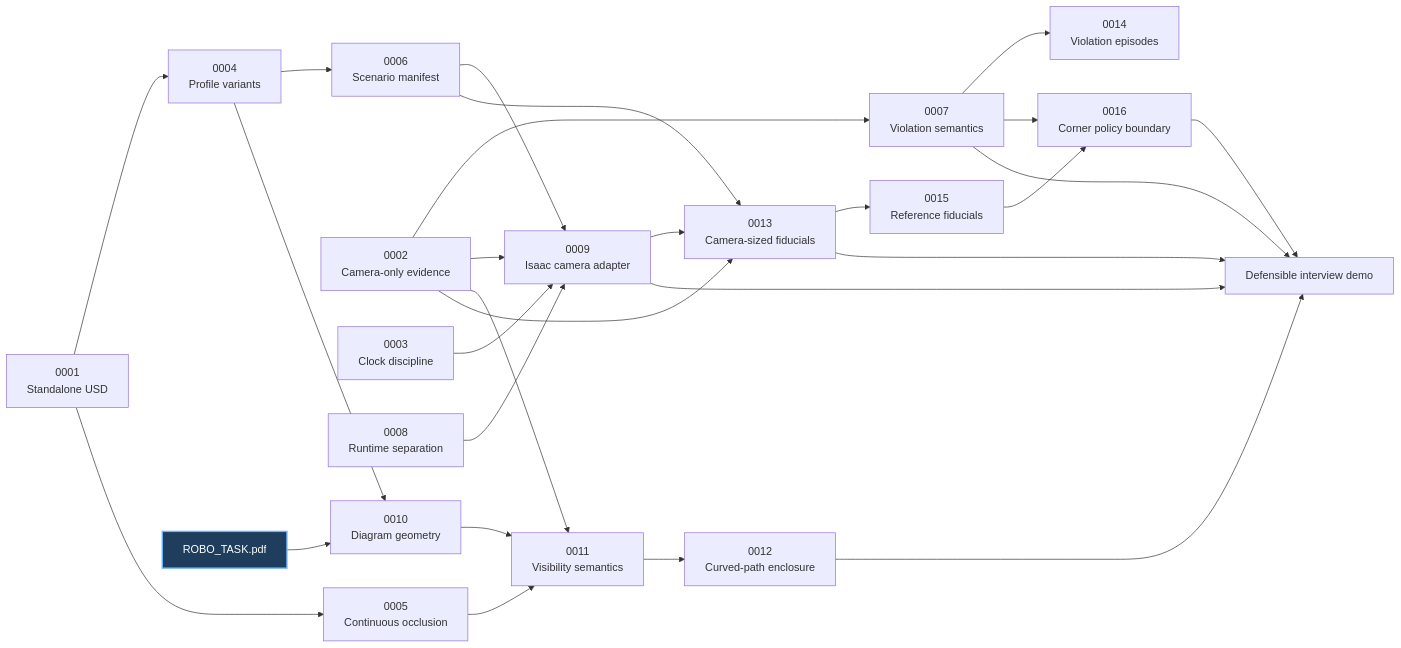
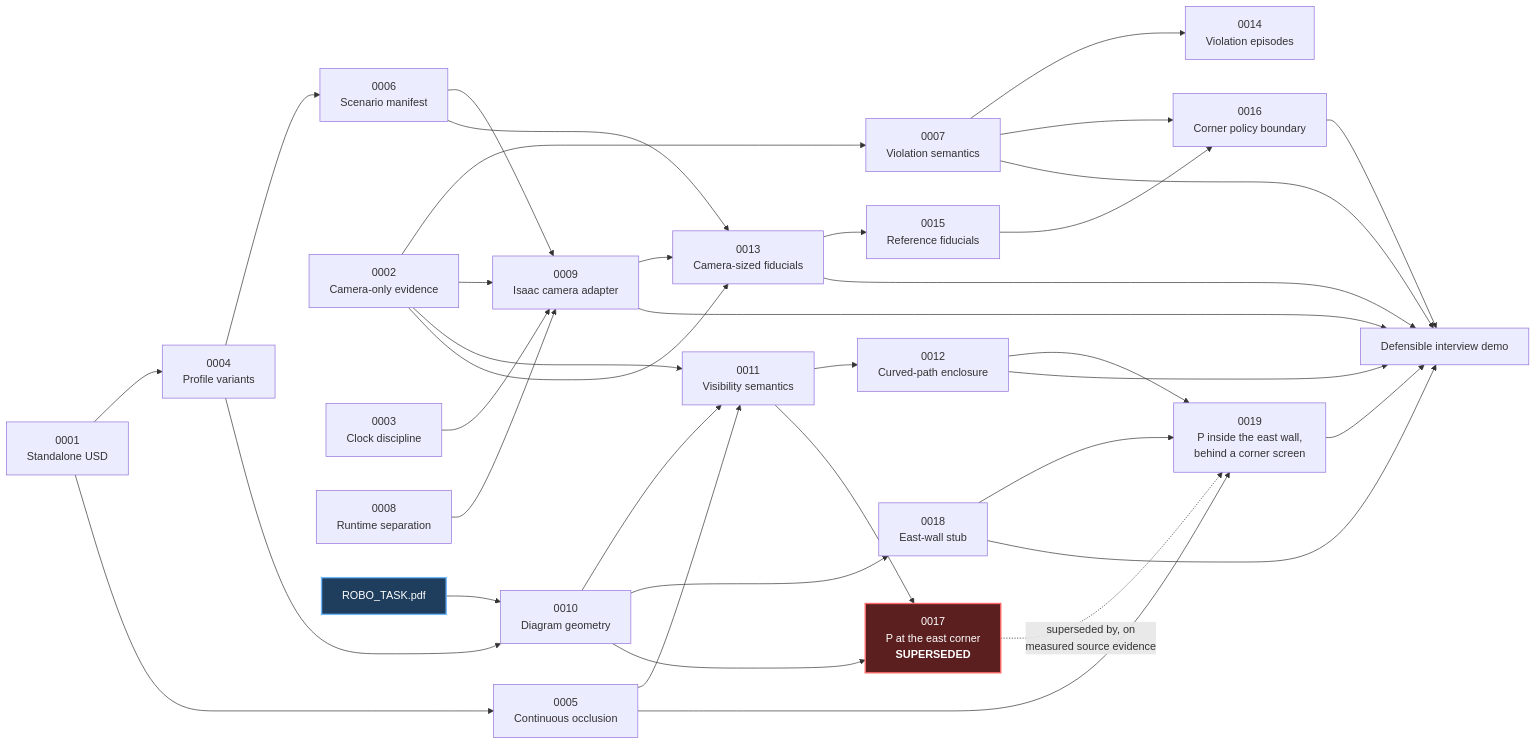
Before and after one commit to alexandergmzx/corridor-twin: the diagram in docs/adr/README.md, drawn with Mermaid. The commit also changed other lines of this file and 3 other files, not shown here.

````diff
--- a/docs/adr/README.md
+++ b/docs/adr/README.md
@@ -30,36 +42,48 @@
 ```mermaid
 flowchart LR
     A1["0001<br/>Standalone USD"] --> A4["0004<br/>Profile variants"]
     A4 --> A6["0006<br/>Scenario manifest"]
 
     A2["0002<br/>Camera-only evidence"] --> A7["0007<br/>Violation semantics"]
     A7 --> A14["0014<br/>Violation episodes"]
     A3["0003<br/>Clock discipline"] --> A9["0009<br/>Isaac camera adapter"]
     A8["0008<br/>Runtime separation"] --> A9
     A2 --> A9
     A6 --> A9
 
     A1 --> A5["0005<br/>Continuous occlusion"]
 
     Task["ROBO_TASK.pdf"] --> A10["0010<br/>Diagram geometry"]
     A4 --> A10
     A10 --> A11["0011<br/>Visibility semantics"]
     A5 --> A11
     A2 --> A11
 
     A11 --> A12["0012<br/>Curved-path enclosure"]
     A2 --> A13["0013<br/>Camera-sized fiducials"]
     A6 --> A13
     A9 --> A13
     A13 --> A15["0015<br/>Reference fiducials"]
     A7 --> A16["0016<br/>Corner policy boundary"]
     A15 --> A16
+
+    A10 --> A18["0018<br/>East-wall stub"]
+    A11 --> A17["0017<br/>P at the east corner<br/><b>SUPERSEDED</b>"]:::superseded
+    A10 --> A17
+    A17 -. "superseded by, on<br/>measured source evidence" .-> A19["0019<br/>P inside the east wall,<br/>behind a corner screen"]
+    A18 --> A19
+    A12 --> A19
+    A5 --> A19
+
     A12 --> Demo["Defensible interview demo"]
     A13 --> Demo
     A16 --> Demo
     A7 --> Demo
     A9 --> Demo
+    A18 --> Demo
+    A19 --> Demo
 
     classDef source fill:#1f3d5c,color:#ffffff,stroke:#6bb6ff,stroke-width:2px;
+    classDef superseded fill:#5c1f1f,color:#ffffff,stroke:#ff6b6b,stroke-width:2px;
     class Task source;
 ```
````
